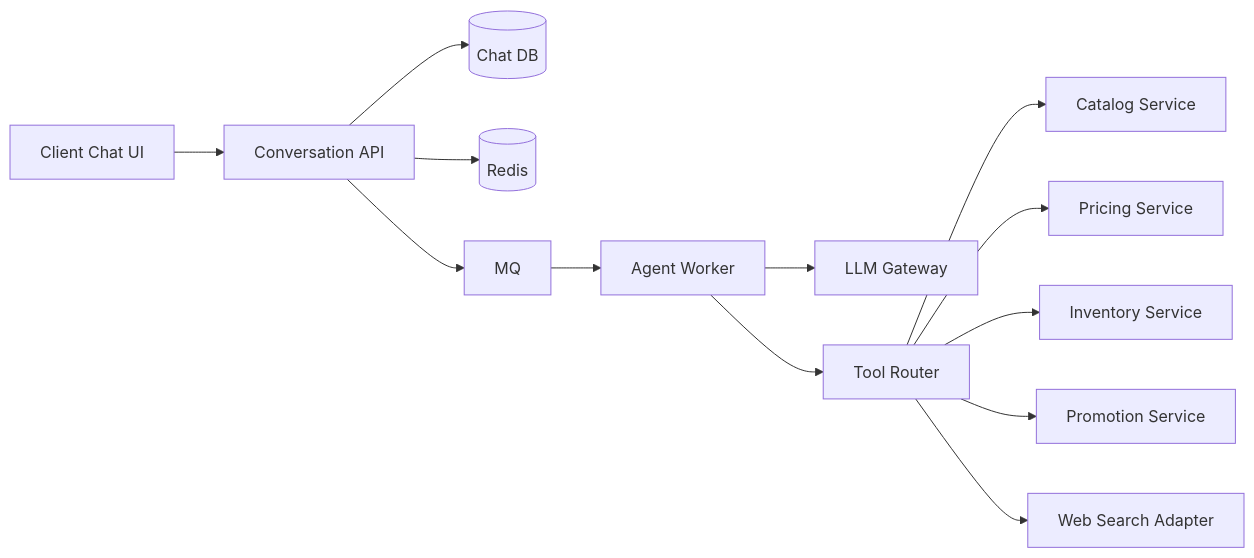
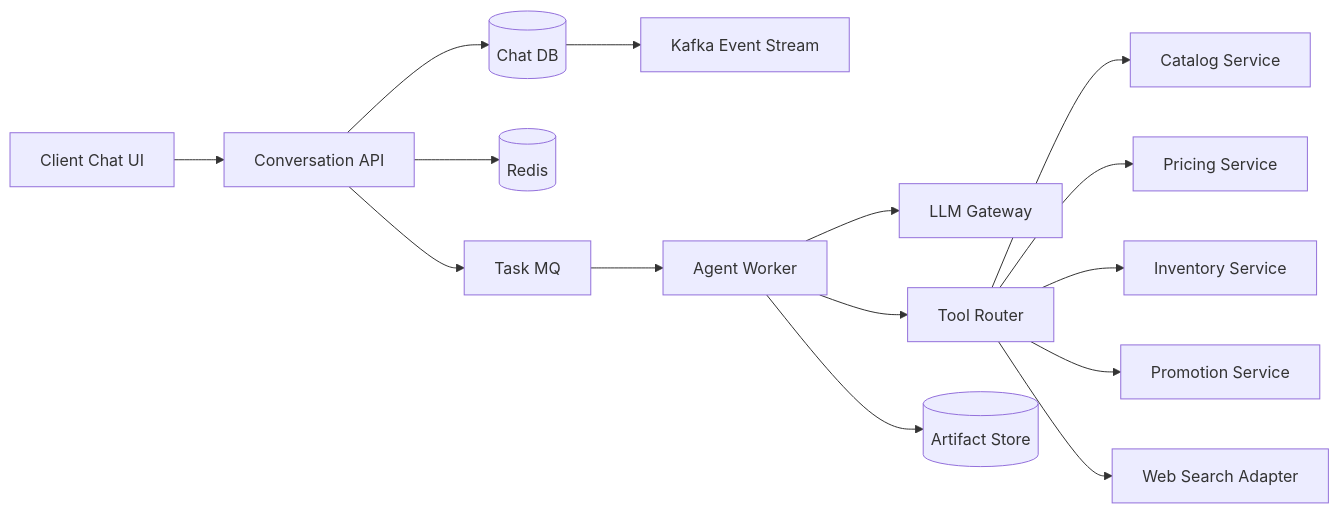
The diagram in docs/backend-dev/系统设计/电商平台与云端对话 AI 系统设计/index.md (pofossette/guidebooks), drawn with Mermaid before and after one commit. The commit also changed other lines of this file and 7 other files, not shown here.

````diff
--- a/docs/backend-dev/系统设计/电商平台与云端对话 AI 系统设计/index.md
+++ b/docs/backend-dev/系统设计/电商平台与云端对话 AI 系统设计/index.md
@@ -20,15 +24,17 @@
 ```mermaid
 flowchart LR
     A[Client Chat UI] --> B[Conversation API]
     B --> C[(Chat DB)]
     B --> D[(Redis)]
-    B --> E[MQ]
-    E --> F[Agent Worker]
-    F --> G[LLM Gateway]
-    F --> H[Tool Router]
-    H --> I[Catalog Service]
-    H --> J[Pricing Service]
-    H --> K[Inventory Service]
-    H --> L[Promotion Service]
-    H --> M[Web Search Adapter]
+    B --> E[Task MQ]
+    C --> F[Kafka Event Stream]
+    E --> G[Agent Worker]
+    G --> H[LLM Gateway]
+    G --> I[Tool Router]
+    I --> J[Catalog Service]
+    I --> K[Pricing Service]
+    I --> L[Inventory Service]
+    I --> M[Promotion Service]
+    I --> N[Web Search Adapter]
+    G --> O[(Artifact Store)]
 ```
````
